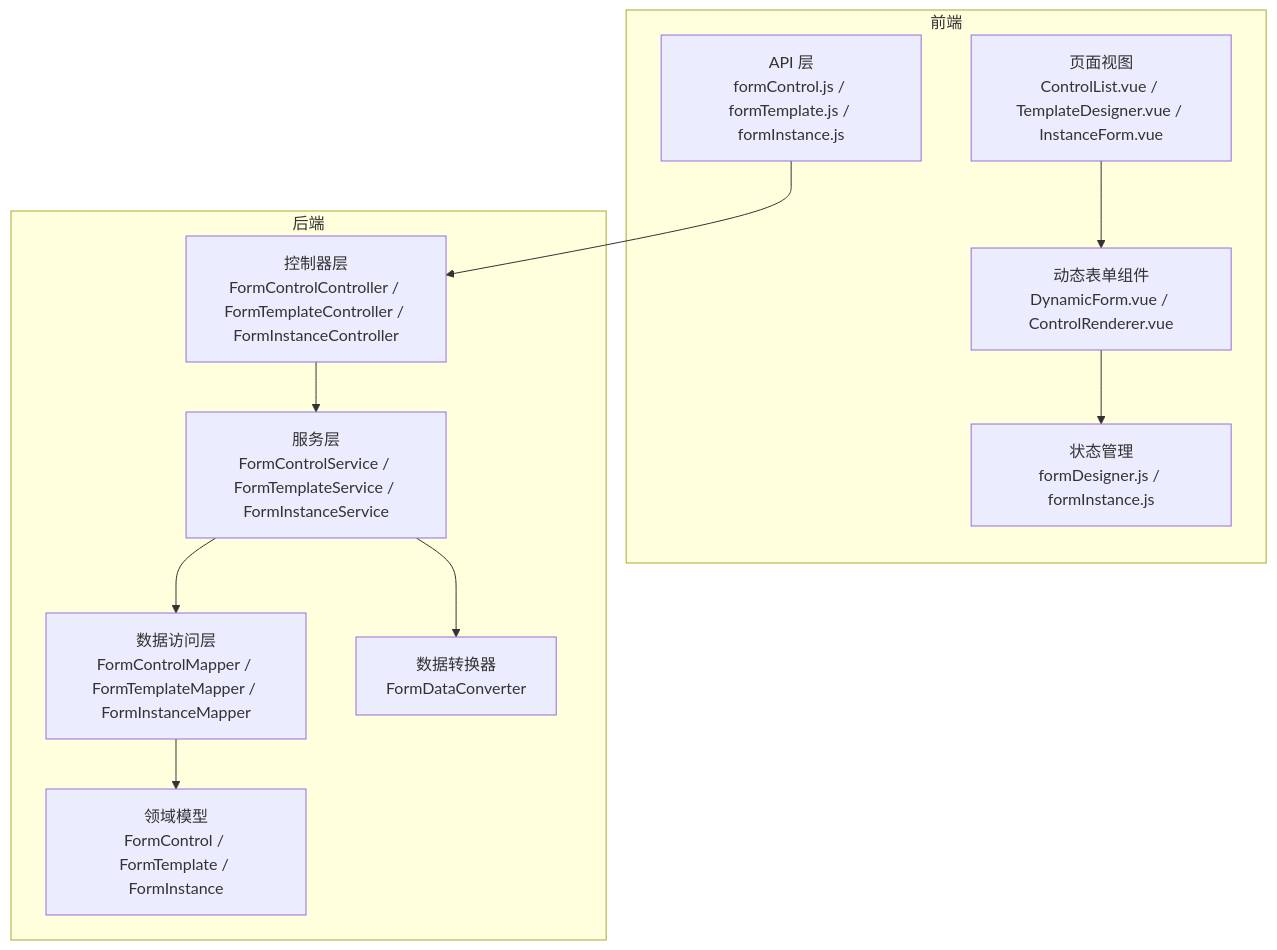
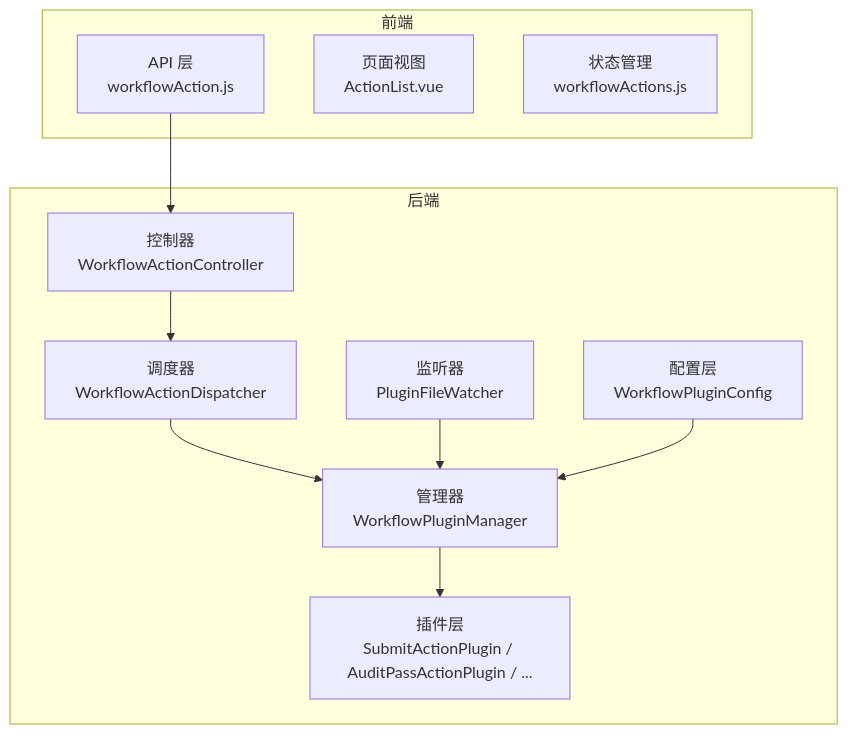
One commit to NJMrLi/genetics changed the first of 7 diagrams in .qoder/repowiki/zh/content/扩展开发/插件系统设计.md. Above: the diagram before and after it, drawn with Mermaid. The commit also changed other lines of this file and 19 other files, not shown here.

````diff
--- a/.qoder/repowiki/zh/content/扩展开发/插件系统设计.md
+++ b/.qoder/repowiki/zh/content/扩展开发/插件系统设计.md
@@ -28,23 +46,22 @@
 ```mermaid
 graph TB
 subgraph "前端"
-FE_API["API 层<br/>formControl.js / formTemplate.js / formInstance.js"]
-FE_VIEWS["页面视图<br/>ControlList.vue / TemplateDesigner.vue / InstanceForm.vue"]
-FE_COMP["动态表单组件<br/>DynamicForm.vue / ControlRenderer.vue"]
-FE_STORE["状态管理<br/>formDesigner.js / formInstance.js"]
+FE_API["API 层<br/>workflowAction.js"]
+FE_VIEWS["页面视图<br/>ActionList.vue"]
+FE_STORE["状态管理<br/>workflowActions.js"]
 end
 subgraph "后端"
-BE_CTRL["控制器层<br/>FormControlController / FormTemplateController / FormInstanceController"]
-BE_SVC["服务层<br/>FormControlService / FormTemplateService / FormInstanceService"]
-BE_MAPPER["数据访问层<br/>FormControlMapper / FormTemplateMapper / FormInstanceMapper"]
-BE_ENTITY["领域模型<br/>FormControl / FormTemplate / FormInstance"]
-BE_CONV["数据转换器<br/>FormDataConverter"]
+BE_CONFIG["配置层<br/>WorkflowPluginConfig"]
+BE_MANAGER["管理器<br/>WorkflowPluginManager"]
+BE_DISPATCHER["调度器<br/>WorkflowActionDispatcher"]
+BE_PLUGINS["插件层<br/>SubmitActionPlugin / AuditPassActionPlugin / ..."]
+BE_WATCHER["监听器<br/>PluginFileWatcher"]
+BE_CONTROLLER["控制器<br/>WorkflowActionController"]
 end
-FE_API --> BE_CTRL
-FE_VIEWS --> FE_COMP
-FE_COMP --> FE_STORE
-BE_CTRL --> BE_SVC
-BE_SVC --> BE_MAPPER
-BE_MAPPER --> BE_ENTITY
-BE_SVC --> BE_CONV
+FE_API --> BE_CONTROLLER
+BE_CONTROLLER --> BE_DISPATCHER
+BE_DISPATCHER --> BE_MANAGER
+BE_MANAGER --> BE_PLUGINS
+BE_WATCHER --> BE_MANAGER
+BE_CONFIG --> BE_MANAGER
 ```
````
